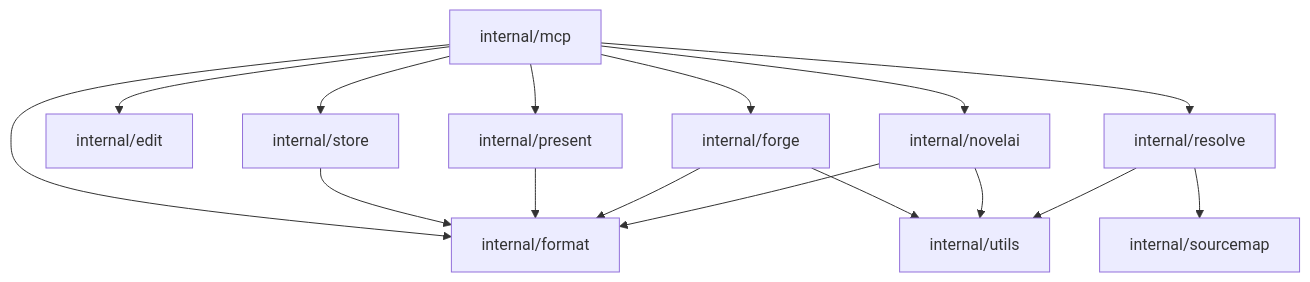
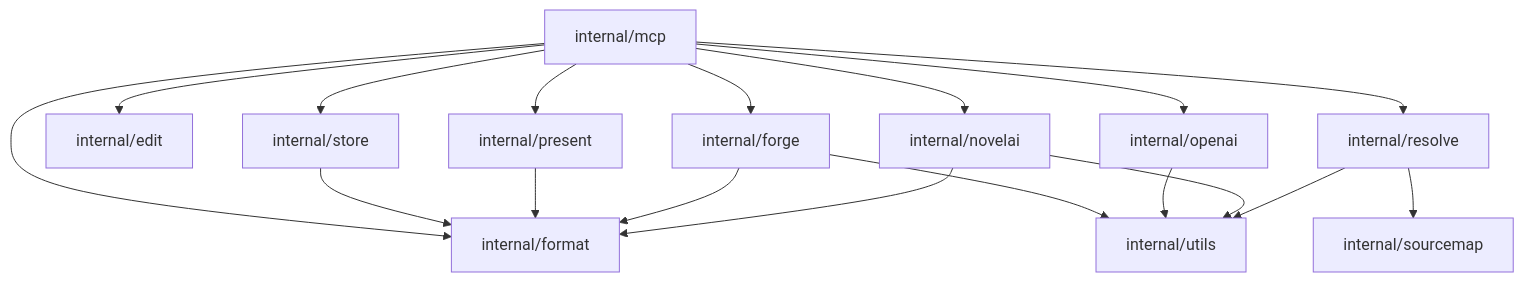
One commit to wishmatic/neo-mcp changed the diagram in AGENTS.md. Above: the diagram before and after it, drawn with Mermaid. The commit also changed 21 other files, not shown here.

````diff
--- a/AGENTS.md
+++ b/AGENTS.md
@@ -83,31 +83,34 @@
 ```mermaid
 flowchart TD
     mcp["internal/mcp"]
     present["internal/present"]
     edit["internal/edit"]
     format["internal/format"]
     forge["internal/forge"]
+    openai["internal/openai"]
     novelai["internal/novelai"]
     sourcemap["internal/sourcemap"]
     resolve["internal/resolve"]
     store["internal/store"]
     utils["internal/utils"]
 
     mcp --> forge
+    mcp --> openai
     mcp --> novelai
     mcp --> edit
     mcp --> present
     mcp --> format
     mcp --> resolve
     mcp --> store
 
     store --> format
     present --> format
 
     forge --> format
     forge --> utils
+    openai --> utils
     novelai --> format
     novelai --> utils
     resolve --> sourcemap
     resolve --> utils
 ```
````
